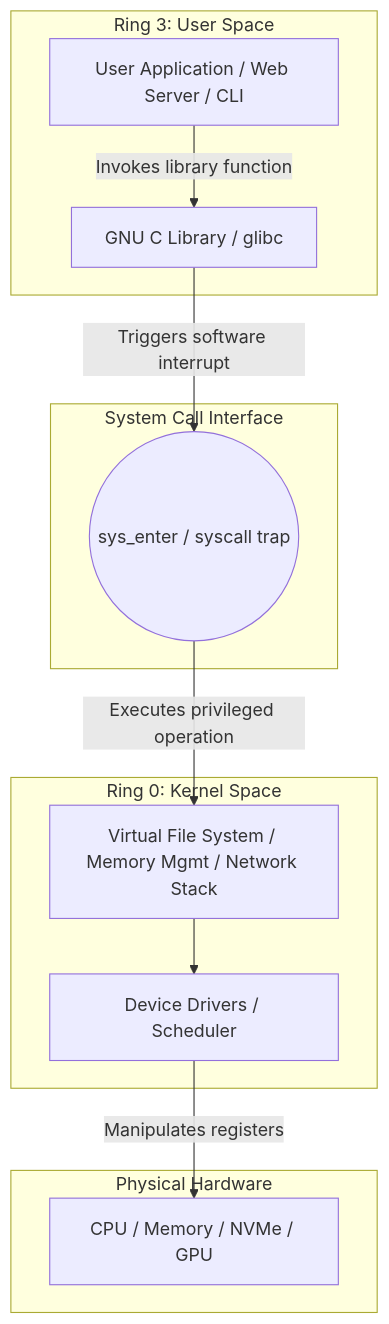
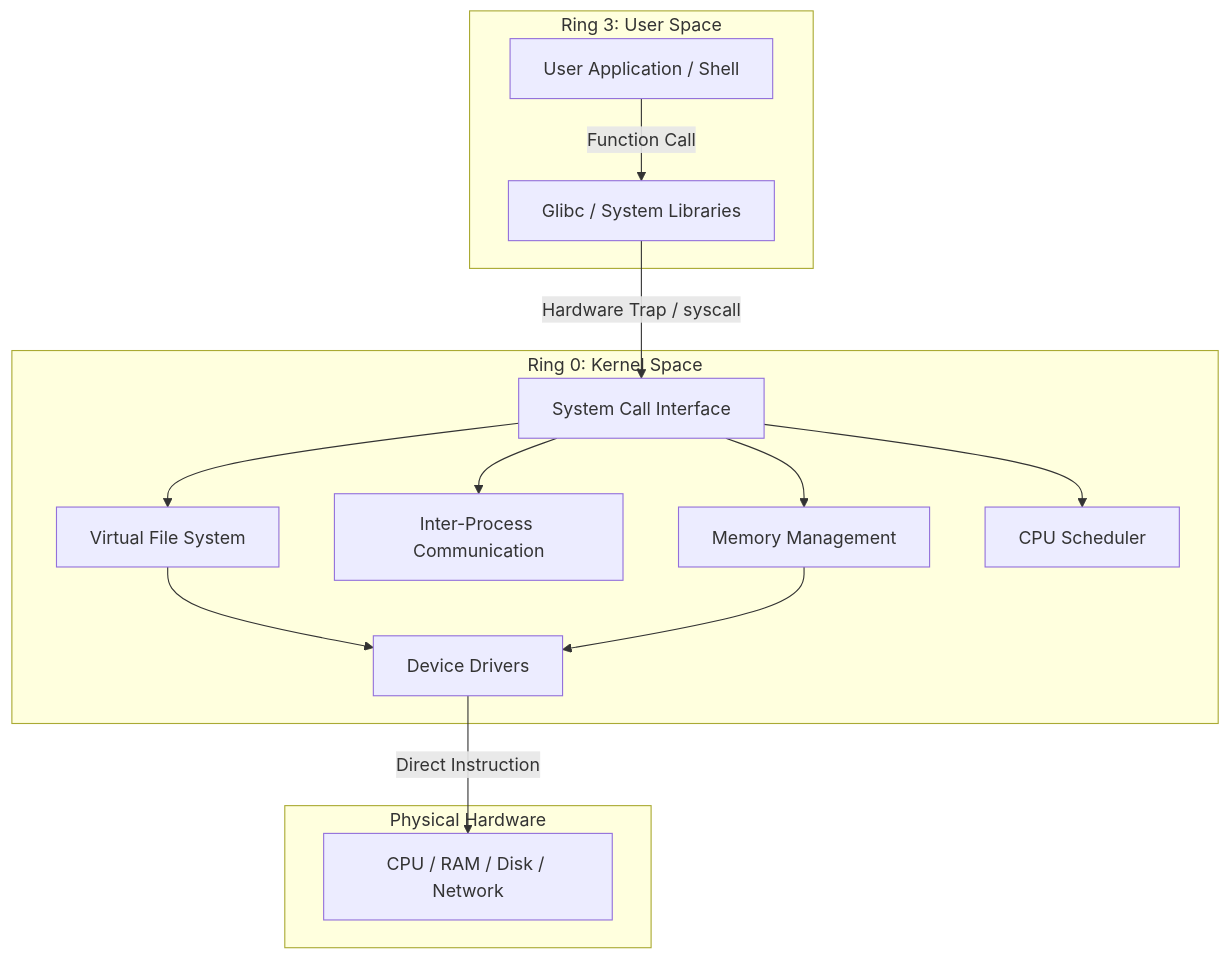
One commit to aloysiuspattath/platform-engineering-ai-course changed the diagram in output/generated/module-01/lesson-01.md. Above: the diagram before and after it, drawn with Mermaid. The commit also changed other lines of this file and 16 other files, not shown here.

````diff
--- a/output/generated/module-01/lesson-01.md
+++ b/output/generated/module-01/lesson-01.md
@@ -68,25 +69,31 @@
 ```mermaid
 flowchart TD
-    subgraph Ring 3: User Space
-        APP[User Application / Web Server / CLI]
-        LIBC[GNU C Library / glibc]
-        APP -->|Invokes library function| LIBC
+    subgraph User Space [Ring 3: User Space]
+        APP[User Application / Shell]
+        LIBC[Glibc / System Libraries]
+        APP -->|Function Call| LIBC
     end
 
-    subgraph System Call Interface
-        SYSCALL((sys_enter / syscall trap))
-        LIBC -->|Triggers software interrupt| SYSCALL
+    subgraph Kernel Space [Ring 0: Kernel Space]
+        SYSCALL[System Call Interface]
+        VFS[Virtual File System]
+        IPC[Inter-Process Communication]
+        MM[Memory Management]
+        SCHED[CPU Scheduler]
+        DRIVERS[Device Drivers]
+        
+        SYSCALL --> VFS
+        SYSCALL --> IPC
+        SYSCALL --> MM
+        SYSCALL --> SCHED
+        VFS --> DRIVERS
+        MM --> DRIVERS
     end
 
-    subgraph Ring 0: Kernel Space
-        VFS[Virtual File System / Memory Mgmt / Network Stack]
-        DRV[Device Drivers / Scheduler]
-        SYSCALL -->|Executes privileged operation| VFS
-        VFS --> DRV
-    end
+    LIBC -->|Hardware Trap / syscall| SYSCALL
 
-    subgraph Physical Hardware
-        CPU[CPU / Memory / NVMe / GPU]
-        DRV -->|Manipulates registers| CPU
+    subgraph Hardware [Physical Hardware]
+        CPU[CPU / RAM / Disk / Network]
+        DRIVERS -->|Direct Instruction| CPU
     end
 ```
````
